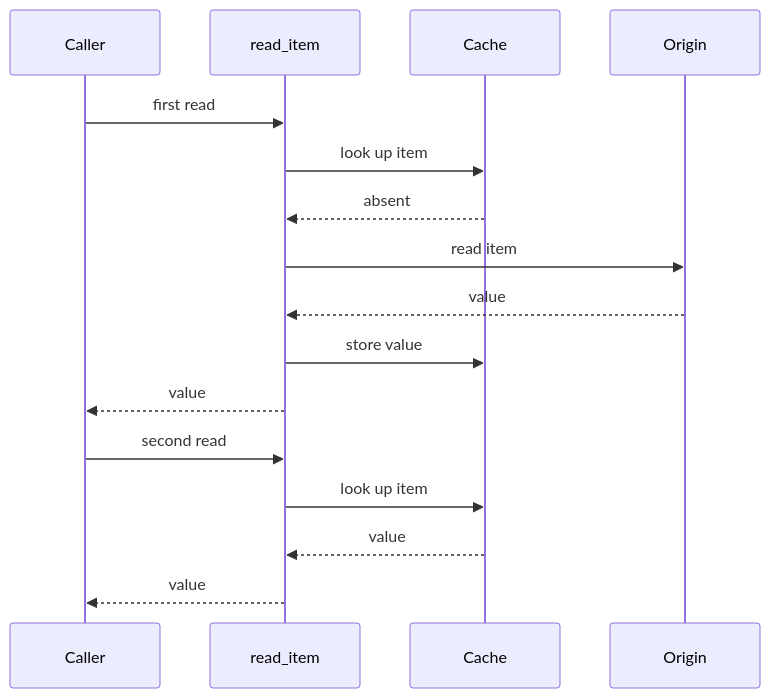
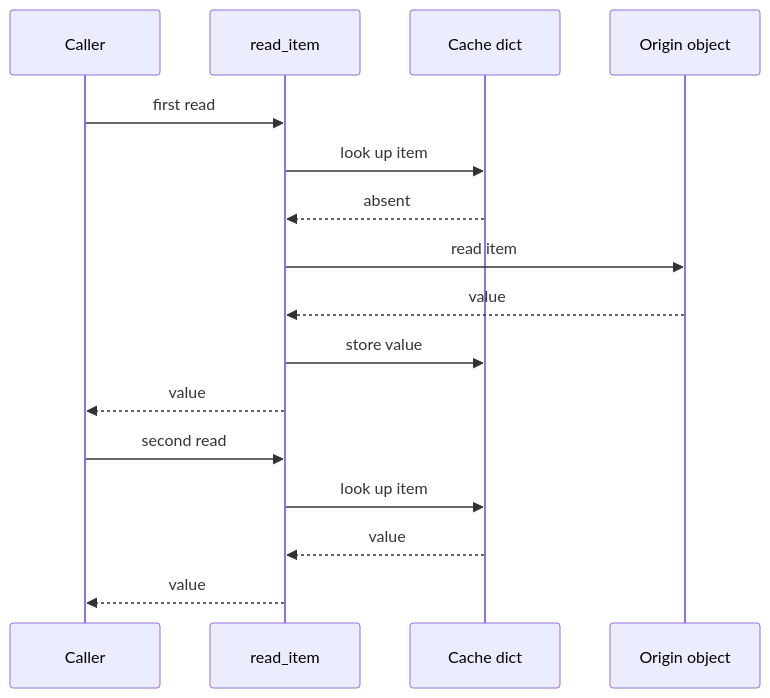
Before and after one commit to DolphinMiner/whywire: the diagram in README.md, drawn with Mermaid. The commit also changed other lines of this file and 10 other files, not shown here.

Commit message:
Lead with scenario-based architecture walkthroughs

````diff
--- a/README.md
+++ b/README.md
@@ -46,18 +45,18 @@
 ```mermaid
 sequenceDiagram
     participant C as Caller
     participant S as read_item
-    participant K as Cache
-    participant O as Origin
+    participant K as Cache dict
+    participant O as Origin object
     C->>S: first read
     S->>K: look up item
     K-->>S: absent
     S->>O: read item
     O-->>S: value
     S->>K: store value
     S-->>C: value
     C->>S: second read
     S->>K: look up item
     K-->>S: value
     S-->>C: value
 ```
````
